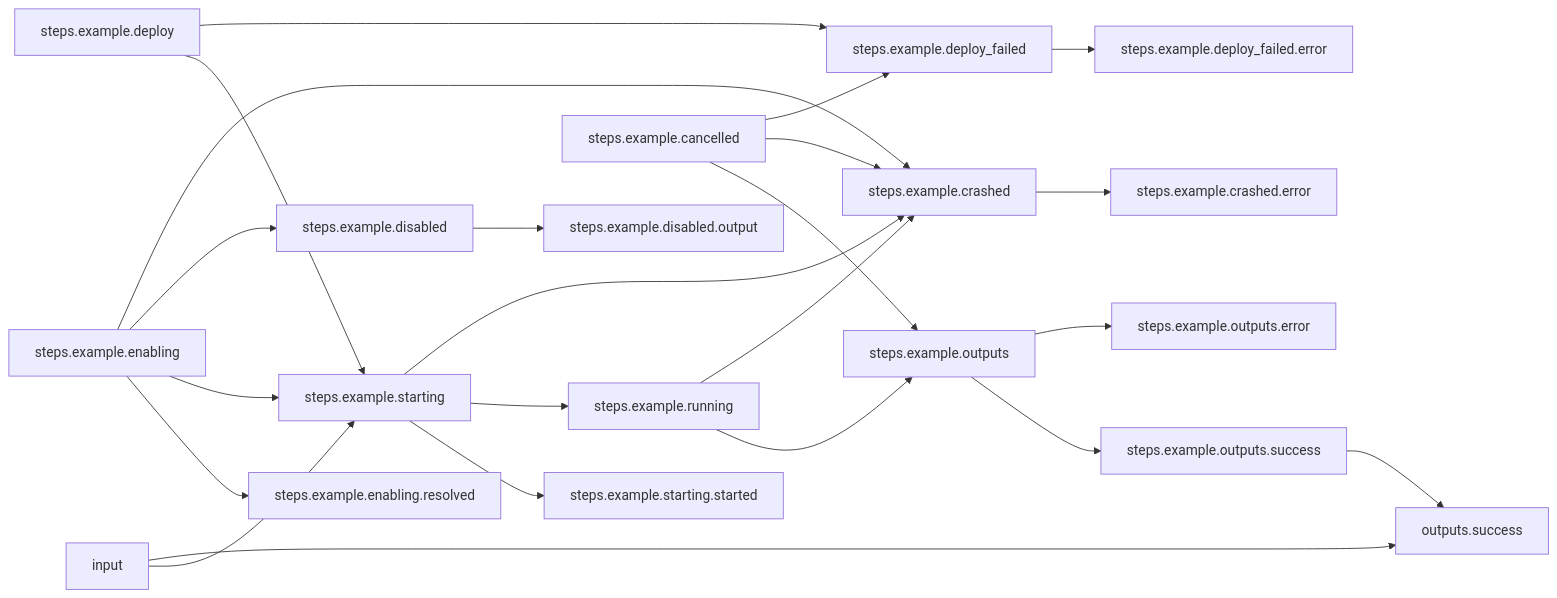
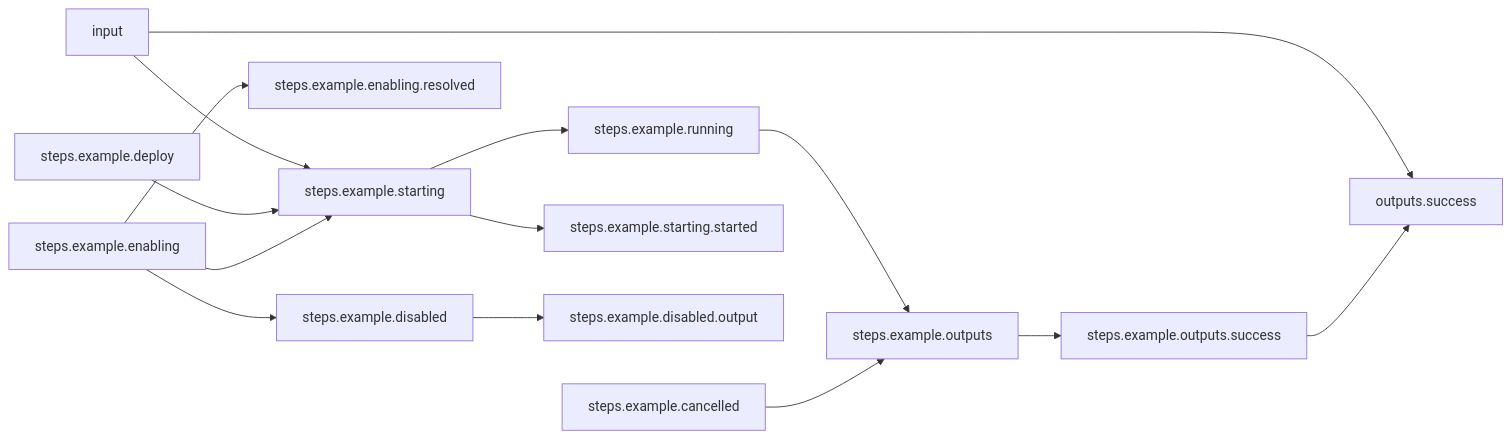
Before and after one commit to arcalot/arcaflow-workflows: the second of 2 diagrams in basic-examples/bind-constants/README.md, drawn with Mermaid. The commit also changed other lines of this file and 8 other files, not shown here.

````diff
--- a/basic-examples/bind-constants/README.md
+++ b/basic-examples/bind-constants/README.md
@@ -52,29 +47,18 @@
 ```mermaid
 %% Mermaid markdown workflow
 flowchart LR
 %% Success path
-steps.example.starting-->steps.example.starting.started
-steps.example.starting-->steps.example.running
+input-->steps.example.starting
+input-->outputs.success
+steps.example.running-->steps.example.outputs
+steps.example.outputs.success-->outputs.success
+steps.example.outputs-->steps.example.outputs.success
+steps.example.deploy-->steps.example.starting
 steps.example.enabling-->steps.example.enabling.resolved
 steps.example.enabling-->steps.example.starting
 steps.example.enabling-->steps.example.disabled
 steps.example.cancelled-->steps.example.outputs
-input-->steps.example.starting
-input-->outputs.success
+steps.example.starting-->steps.example.running
+steps.example.starting-->steps.example.starting.started
 steps.example.disabled-->steps.example.disabled.output
-steps.example.running-->steps.example.outputs
-steps.example.outputs.success-->outputs.success
-steps.example.outputs-->steps.example.outputs.success
-steps.example.deploy-->steps.example.starting
-%% Error path
-steps.example.starting-->steps.example.crashed
-steps.example.enabling-->steps.example.crashed
-steps.example.cancelled-->steps.example.crashed
-steps.example.cancelled-->steps.example.deploy_failed
-steps.example.running-->steps.example.crashed
-steps.example.deploy_failed-->steps.example.deploy_failed.error
-steps.example.outputs-->steps.example.outputs.error
-steps.example.crashed-->steps.example.crashed.error
-steps.example.deploy-->steps.example.deploy_failed
-%% Mermaid end
 ```
````
